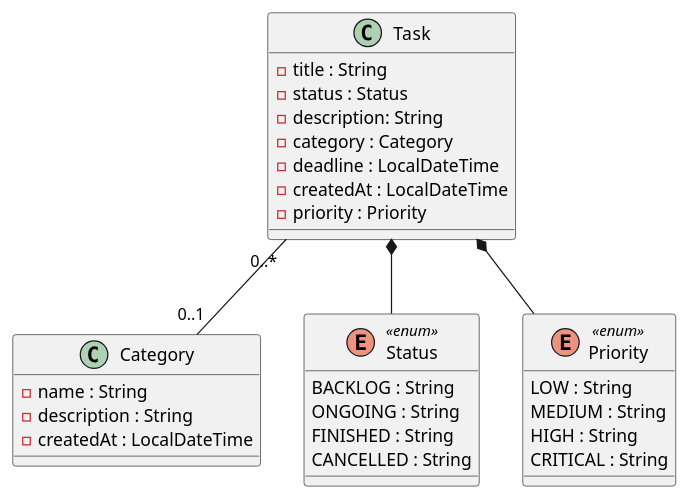
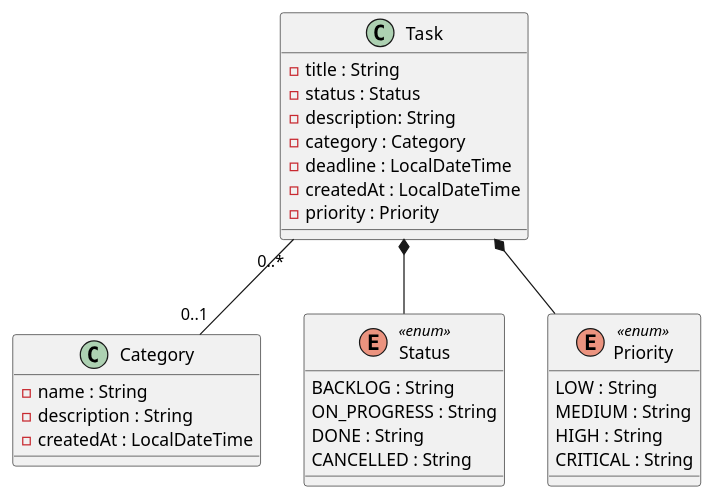
One commit to KeillaV/task-manager-api changed the diagram in docs/diagrams/sources/class-diagram.puml. Above: the diagram before and after it, drawn with PlantUML. The commit also changed 9 other files, not shown here.

Commit message:
docs: adding c4 model diagrams and updating README.md

```diff
--- a/docs/diagrams/sources/class-diagram.puml
+++ b/docs/diagrams/sources/class-diagram.puml
@@ -1,37 +1,37 @@
 @startuml
 class Task {
  - title : String
  - status : Status
  - description: String
  - category : Category
  - deadline : LocalDateTime
  - createdAt : LocalDateTime
  - priority : Priority
 }
 
 class Category {
 - name : String
 - description : String
 - createdAt : LocalDateTime
 }
 
 enum Status <<enum>> {
     BACKLOG : String
-    ONGOING : String
-    FINISHED : String
+    ON_PROGRESS : String
+    DONE : String
     CANCELLED : String
 }
 
 enum Priority <<enum>>{
     LOW : String
     MEDIUM : String
     HIGH : String
     CRITICAL : String
 
 }
 
 Task "0..*" -- "0..1" Category
 Task *-- Status
 Task *-- Priority
 
 @enduml
```
